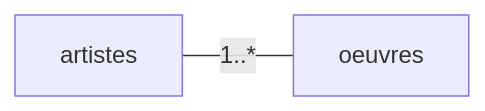
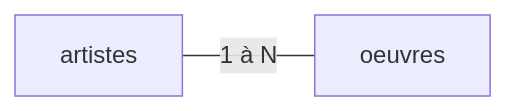
The third of 4 diagrams in cours/01-introduction.md (romanoe/comem-modeldon), drawn with Mermaid before and after one commit. The commit also changed other lines of this file and 34 other files, not shown here.

````diff
--- a/cours/01-introduction.md
+++ b/cours/01-introduction.md
@@ -412,4 +411,4 @@
 ```mermaid {scale: 0.65}
 flowchart LR
-  artistes --- |"1..*"| oeuvres
+  artistes --- |"1 à N"| oeuvres
 ```
````
